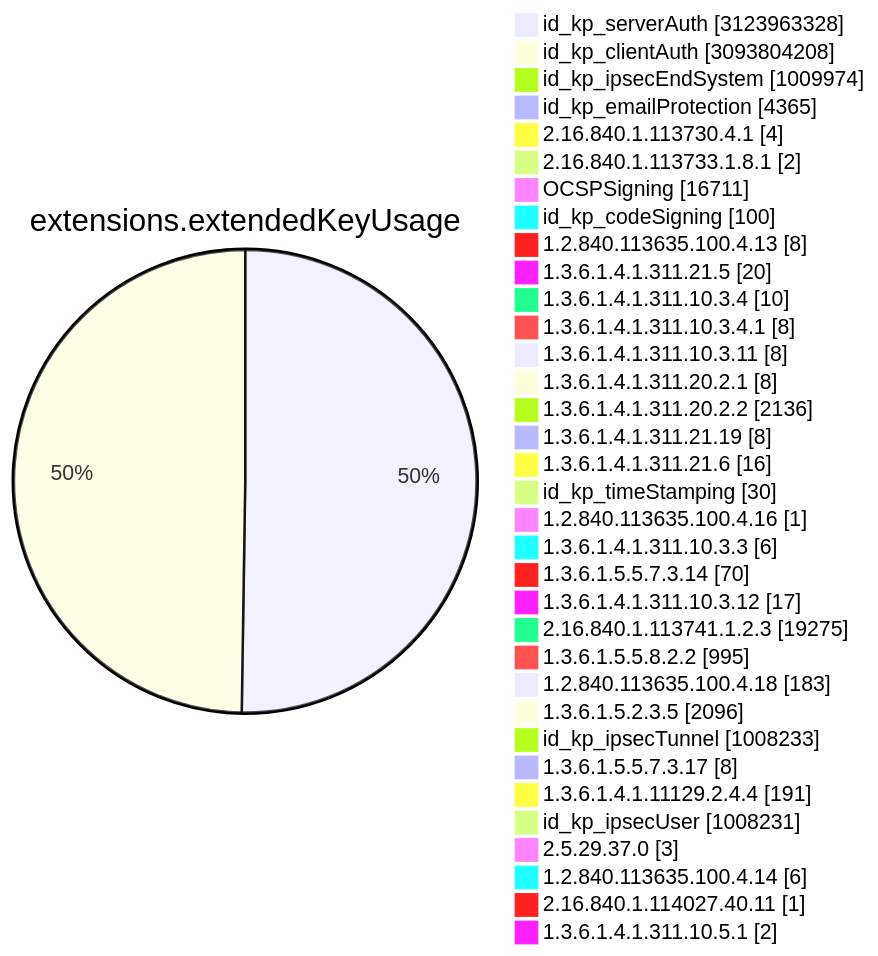
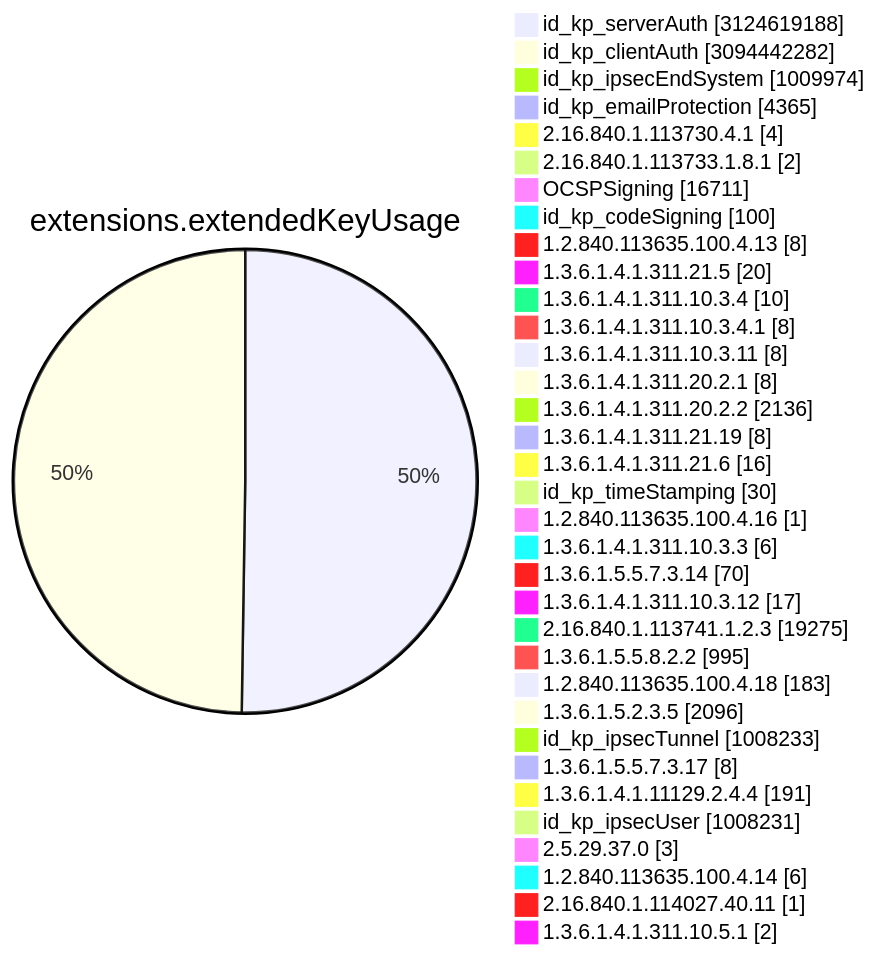
One commit to christiankrug/ctmonitor_visualization changed diagram 11 of 15 in TOTAL/README.md. Above: the diagram before and after it, drawn with Mermaid. The commit also changed other lines of this file, not shown here.

````diff
--- a/TOTAL/README.md
+++ b/TOTAL/README.md
@@ -4117,38 +4117,38 @@
 ```mermaid
 pie showData
 title extensions.extendedKeyUsage
-"id_kp_serverAuth" :3123963328
-"id_kp_clientAuth" :3093804208
+"id_kp_serverAuth" :3124619188
+"id_kp_clientAuth" :3094442282
 "id_kp_ipsecEndSystem" :1009974
 "id_kp_emailProtection" :4365
 "2.16.840.1.113730.4.1" :4
 "2.16.840.1.113733.1.8.1" :2
 "OCSPSigning" :16711
 "id_kp_codeSigning" :100
 "1.2.840.113635.100.4.13" :8
 "1.3.6.1.4.1.311.21.5" :20
 "1.3.6.1.4.1.311.10.3.4" :10
 "1.3.6.1.4.1.311.10.3.4.1" :8
 "1.3.6.1.4.1.311.10.3.11" :8
 "1.3.6.1.4.1.311.20.2.1" :8
 "1.3.6.1.4.1.311.20.2.2" :2136
 "1.3.6.1.4.1.311.21.19" :8
 "1.3.6.1.4.1.311.21.6" :16
 "id_kp_timeStamping" :30
 "1.2.840.113635.100.4.16" :1
 "1.3.6.1.4.1.311.10.3.3" :6
 "1.3.6.1.5.5.7.3.14" :70
 "1.3.6.1.4.1.311.10.3.12" :17
 "2.16.840.1.113741.1.2.3" :19275
 "1.3.6.1.5.5.8.2.2" :995
 "1.2.840.113635.100.4.18" :183
 "1.3.6.1.5.2.3.5" :2096
 "id_kp_ipsecTunnel" :1008233
 "1.3.6.1.5.5.7.3.17" :8
 "1.3.6.1.4.1.11129.2.4.4" :191
 "id_kp_ipsecUser" :1008231
 "2.5.29.37.0" :3
 "1.2.840.113635.100.4.14" :6
 "2.16.840.1.114027.40.11" :1
 "1.3.6.1.4.1.311.10.5.1" :2
 ```
````
